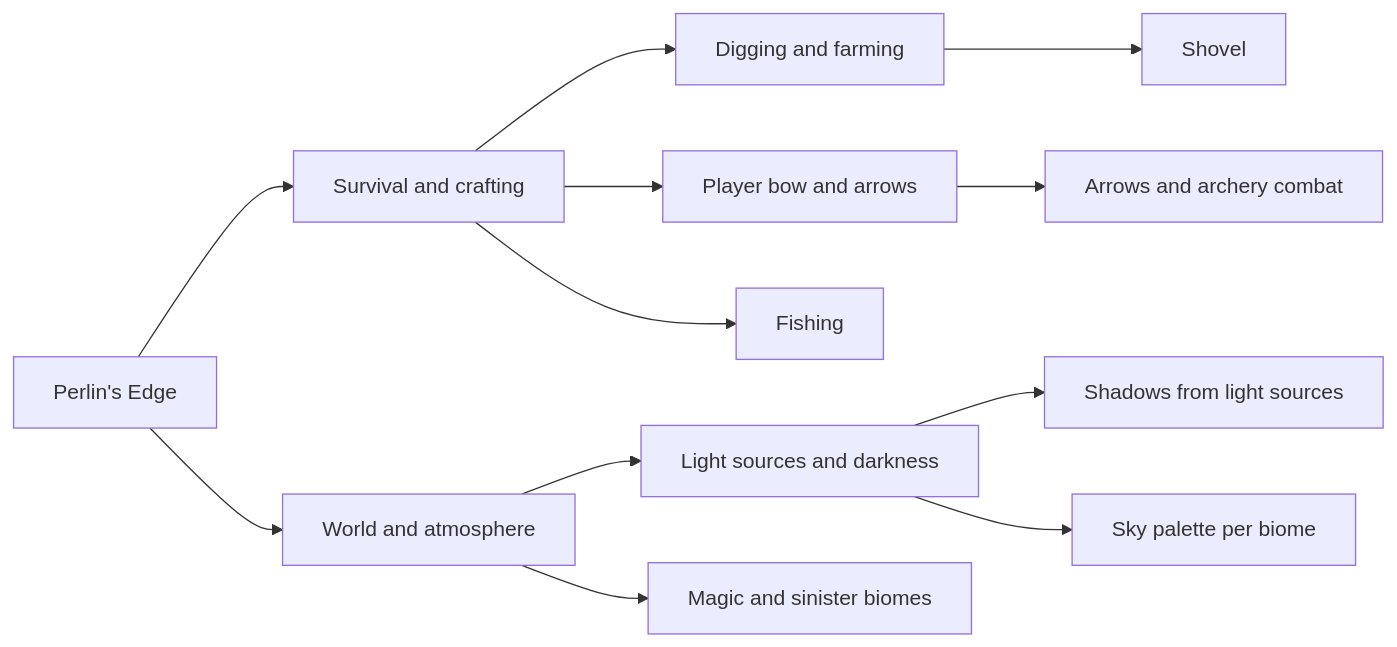
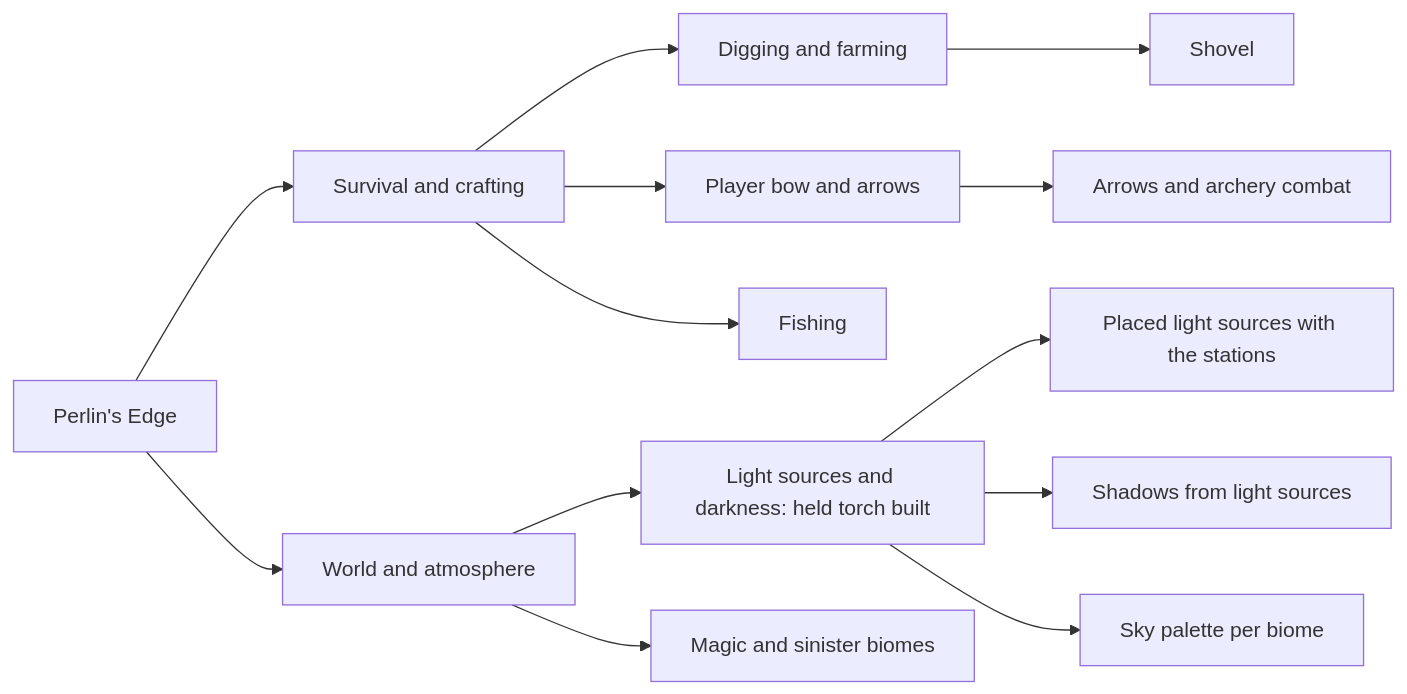
Before and after one commit to kfeuerschvenger/perlinsedge: the diagram in docs/ROADMAP.md, drawn with Mermaid. The commit also changed other lines of this file and 4 other files, not shown here.

Commit message:
docs(lights): roadmap and readme for the held torch, and keep the sky across a map rebuild

````diff
--- a/docs/ROADMAP.md
+++ b/docs/ROADMAP.md
@@ -5,14 +5,15 @@
 ```mermaid
 flowchart LR
     game[Perlin's Edge] --> survival[Survival and crafting]
     game --> world[World and atmosphere]
     survival --> digging[Digging and farming]
     survival --> bow[Player bow and arrows]
     survival --> fishing[Fishing]
-    world --> lighting[Light sources and darkness]
+    world --> lighting[Light sources and darkness: held torch built]
     world --> biomes[Magic and sinister biomes]
     digging --> shovel[Shovel]
     bow --> arrows[Arrows and archery combat]
+    lighting --> placed[Placed light sources with the stations]
     lighting --> shadows[Shadows from light sources]
     lighting --> palettes[Sky palette per biome]
 ```
````
